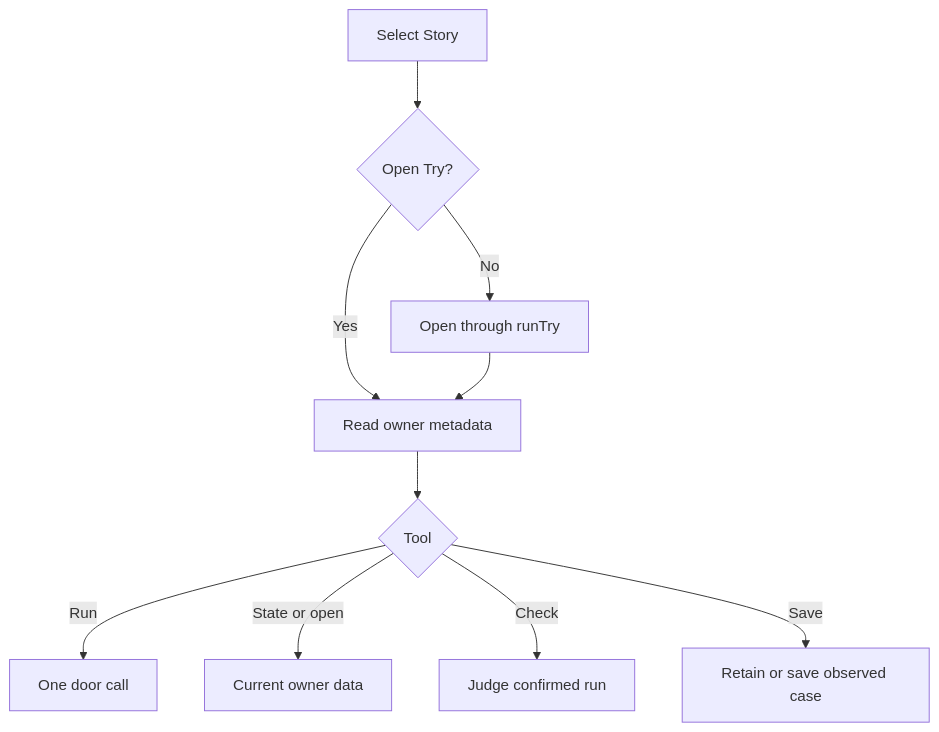
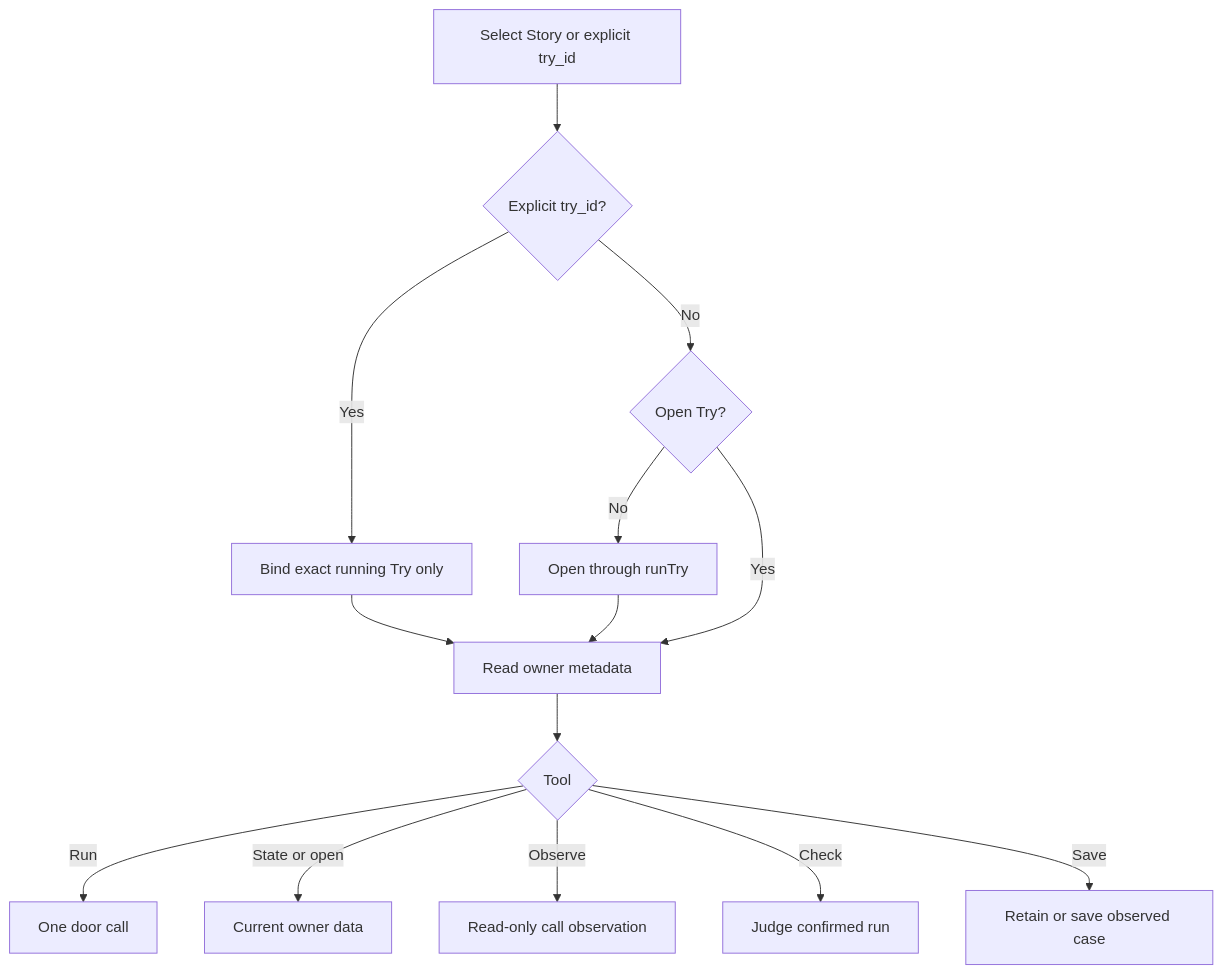
One commit to promptdriven/pdd changed the diagram in prompts/cli/try-mcp.prompt.md. Above: the diagram before and after it, drawn with Mermaid. The commit also changed other lines of this file and 6 other files, not shown here.

Commit message:
Specify existing-session Try binding, observation and stop (#3049)

````diff
--- a/prompts/cli/try-mcp.prompt.md
+++ b/prompts/cli/try-mcp.prompt.md
@@ -7,12 +7,16 @@
 ```mermaid
 flowchart TD
- S[Select Story] --> O{Open Try?}
+ S[Select Story or explicit try_id] --> T{Explicit try_id?}
+ T -->|Yes| B[Bind exact running Try only]
+ T -->|No| O{Open Try?}
  O -->|No| N[Open through runTry]
  O -->|Yes| R[Read owner metadata]
+ B --> R
  N --> R
  R --> V{Tool}
  V -->|Run| C[One door call]
  V -->|State or open| D[Current owner data]
+ V -->|Observe| M[Read-only call observation]
  V -->|Check| J[Judge confirmed run]
  V -->|Save| A[Retain or save observed case]
 ```
````
